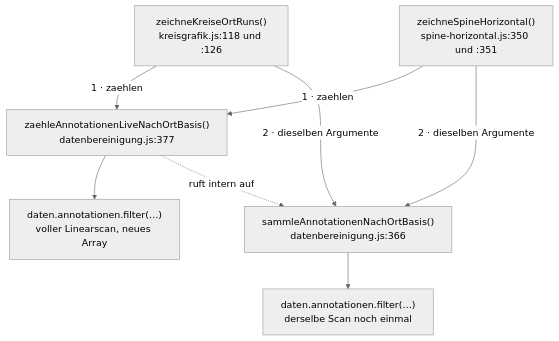
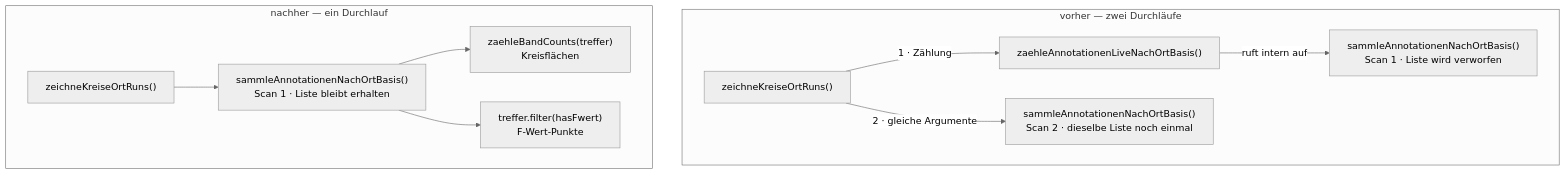
The second of 2 diagrams in docs/best-practices-review.md (charis-arnold/bel-ami-v3), drawn with Mermaid (neutral theme) before and after one commit. The commit also changed other lines of this file and 5 other files, not shown here.

````diff
--- a/docs/best-practices-review.md
+++ b/docs/best-practices-review.md
@@ -291,17 +297,16 @@
 ```mermaid
 graph TD
-    ZK["zeichneKreiseOrtRuns()<br/>kreisgrafik.js:118 und :126"]
-    ZS["zeichneSpineHorizontal()<br/>spine-horizontal.js:350 und :351"]
+    subgraph vorher["vorher — zwei Durchläufe"]
+        A1["zeichneKreiseOrtRuns()"]
+        A1 -->|"1 · Zählung"| A2["zaehleAnnotationenLiveNachOrtBasis()"]
+        A2 -->|"ruft intern auf"| A3["sammleAnnotationenNachOrtBasis()<br/>Scan 1 · Liste wird verworfen"]
+        A1 -->|"2 · gleiche Argumente"| A4["sammleAnnotationenNachOrtBasis()<br/>Scan 2 · dieselbe Liste noch einmal"]
+    end
 
-    ZK -->|"1 · zaehlen"| ZAEHL
-    ZS -->|"1 · zaehlen"| ZAEHL
-    ZAEHL["zaehleAnnotationenLiveNachOrtBasis()<br/>datenbereinigung.js:377"]
-    ZAEHL --> SCAN1["daten.annotationen.filter(…)<br/>voller Linearscan, neues Array"]
-
-    ZK -->|"2 · dieselben Argumente"| SAMM
-    ZS -->|"2 · dieselben Argumente"| SAMM
-    SAMM["sammleAnnotationenNachOrtBasis()<br/>datenbereinigung.js:366"]
-    SAMM --> SCAN2["daten.annotationen.filter(…)<br/>derselbe Scan noch einmal"]
-
-    ZAEHL -.->|"ruft intern auf"| SAMM
+    subgraph nachher["nachher — ein Durchlauf"]
+        B1["zeichneKreiseOrtRuns()"]
+        B1 --> B2["sammleAnnotationenNachOrtBasis()<br/>Scan 1 · Liste bleibt erhalten"]
+        B2 --> B3["zaehleBandCounts(treffer)<br/>Kreisflächen"]
+        B2 --> B4["treffer.filter(hasFwert)<br/>F-Wert-Punkte"]
+    end
 ```
````
